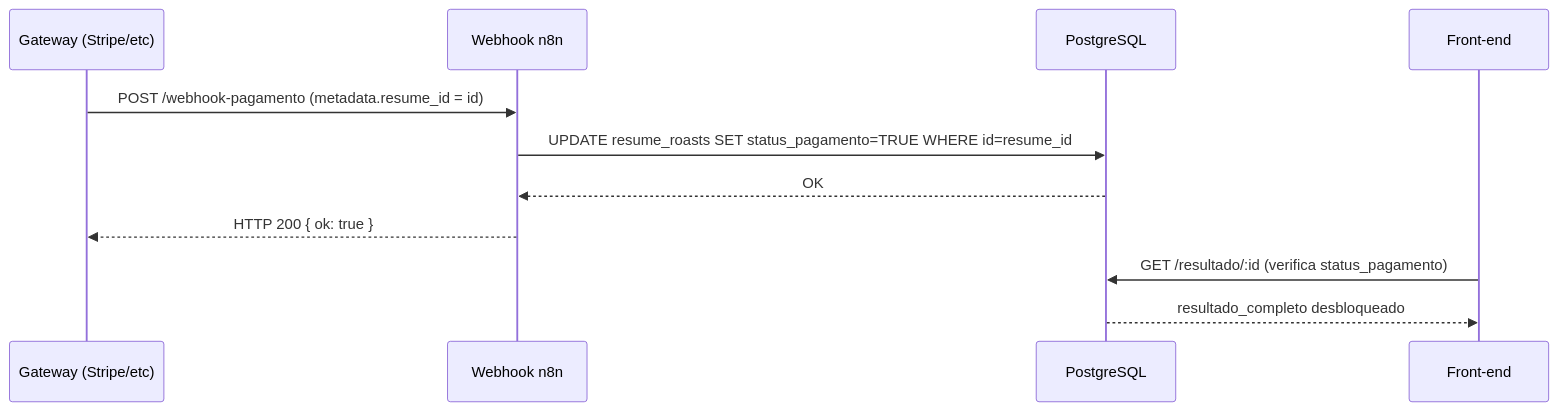
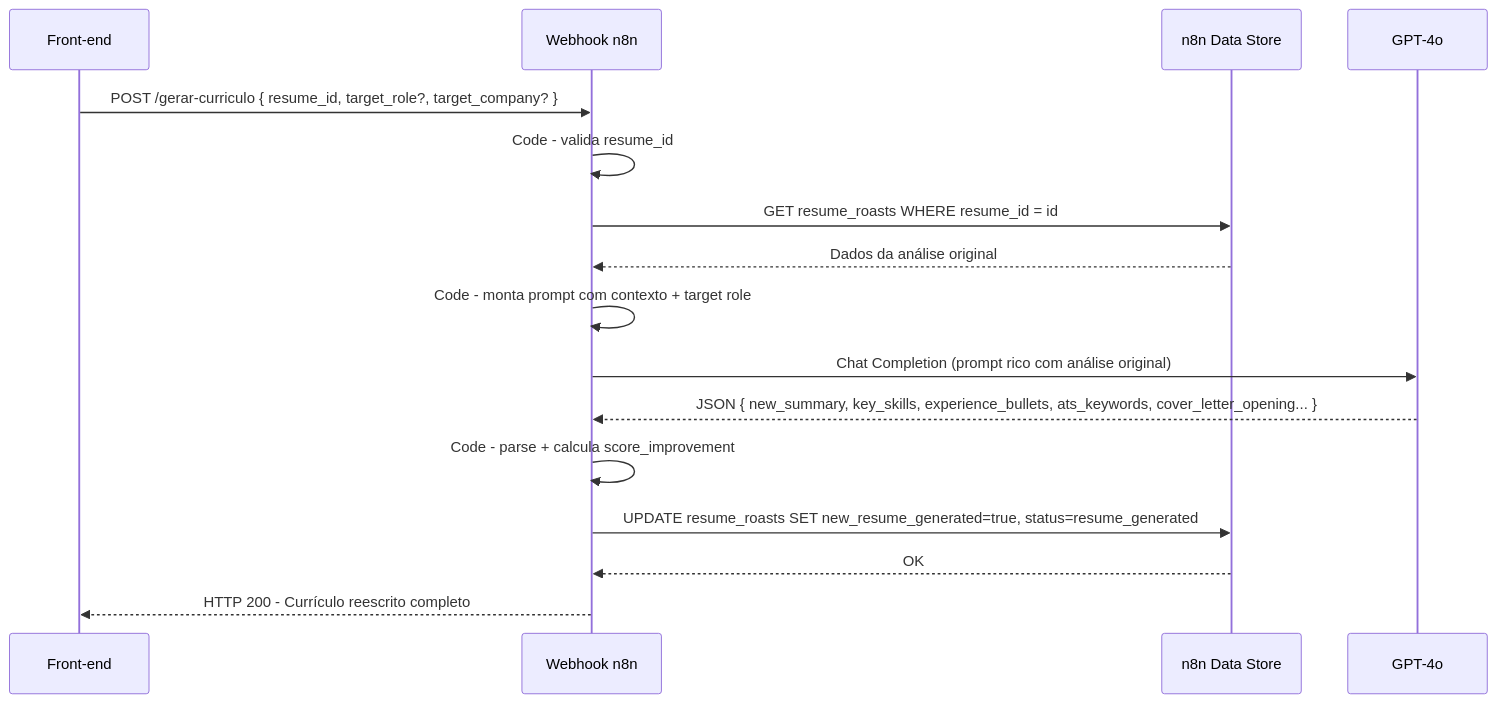
The third of 3 diagrams in docs/fluxograma.md (Guilherme9484/resume-roast), drawn with Mermaid before and after one commit. The commit also changed other lines of this file and 3 other files, not shown here.

First line of the commit message:
refactor: fluxos revisados com GPT-4o direto + tabela interna n8n

````diff
--- a/docs/fluxograma.md
+++ b/docs/fluxograma.md
@@ -72,14 +71,19 @@
 ```mermaid
 sequenceDiagram
-    participant GW as Gateway (Stripe/etc)
+    participant FE as Front-end
     participant WH as Webhook n8n
-    participant DB as PostgreSQL
-    participant FE as Front-end
+    participant DS as n8n Data Store
+    participant GPT as GPT-4o
 
-    GW->>WH: POST /webhook-pagamento (metadata.resume_id = id)
-    WH->>DB: UPDATE resume_roasts SET status_pagamento=TRUE WHERE id=resume_id
-    DB-->>WH: OK
-    WH-->>GW: HTTP 200 { ok: true }
-    FE->>DB: GET /resultado/:id (verifica status_pagamento)
-    DB-->>FE: resultado_completo desbloqueado
+    FE->>WH: POST /gerar-curriculo { resume_id, target_role?, target_company? }
+    WH->>WH: Code - valida resume_id
+    WH->>DS: GET resume_roasts WHERE resume_id = id
+    DS-->>WH: Dados da análise original
+    WH->>WH: Code - monta prompt com contexto + target role
+    WH->>GPT: Chat Completion (prompt rico com análise original)
+    GPT-->>WH: JSON { new_summary, key_skills, experience_bullets, ats_keywords, cover_letter_opening... }
+    WH->>WH: Code - parse + calcula score_improvement
+    WH->>DS: UPDATE resume_roasts SET new_resume_generated=true, status=resume_generated
+    DS-->>WH: OK
+    WH-->>FE: HTTP 200 - Currículo reescrito completo
 ```
````
